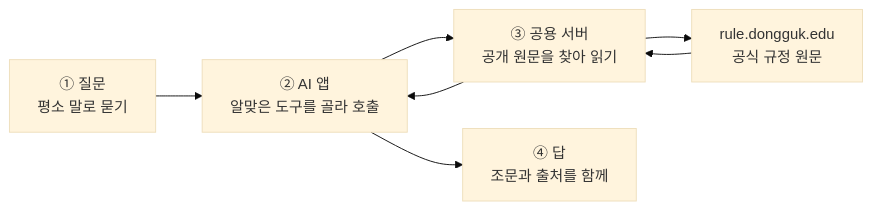
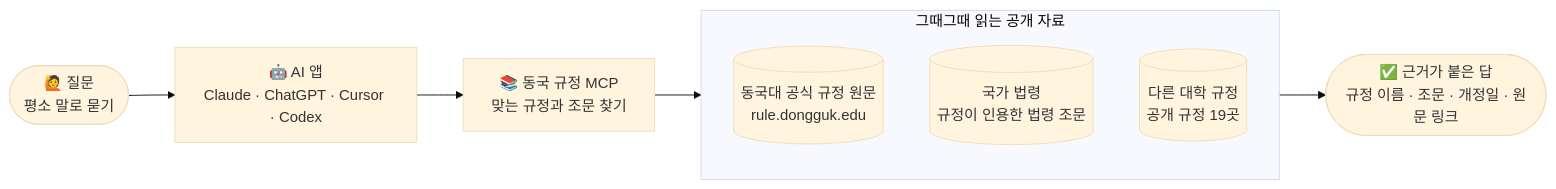
Before and after one commit to buenosiempre-cmd/dongguk-rule-mcp: the diagram in README.md, drawn with Mermaid (base theme). The commit also changed other lines of this file and 2 other files, not shown here.

First line of the commit message:
docs: README 개편 - 실측 비교표·구조도·고화질 WebP 데모

````diff
--- a/README.md
+++ b/README.md
@@ -126,11 +60,15 @@
 ```mermaid
 flowchart LR
-  q["① 질문<br>평소 말로 묻기"]
-  app["② AI 앱<br>알맞은 도구를 골라 호출"]
-  server["③ 공용 서버<br>공개 원문을 찾아 읽기"]
-  origin["rule.dongguk.edu<br>공식 규정 원문"]
-  answer["④ 답<br>조문과 출처를 함께"]
+  q(["🙋 질문<br>평소 말로 묻기"])
+  app["🤖 AI 앱<br>Claude · ChatGPT · Cursor · Codex"]
+  mcp["📚 동국 규정 MCP<br>맞는 규정과 조문 찾기"]
+  subgraph src ["그때그때 읽는 공개 자료"]
+    direction TB
+    s1[("동국대 공식 규정 원문<br>rule.dongguk.edu")]
+    s2[("국가 법령<br>규정이 인용한 법령 조문")]
+    s3[("다른 대학 규정<br>공개 규정 19곳")]
+  end
+  ans(["✅ 근거가 붙은 답<br>규정 이름 · 조문 · 개정일 · 원문 링크"])
 
-  q --> app --> server --> origin
-  origin --> server --> app --> answer
+  q --> app --> mcp --> src --> ans
 ```
````
